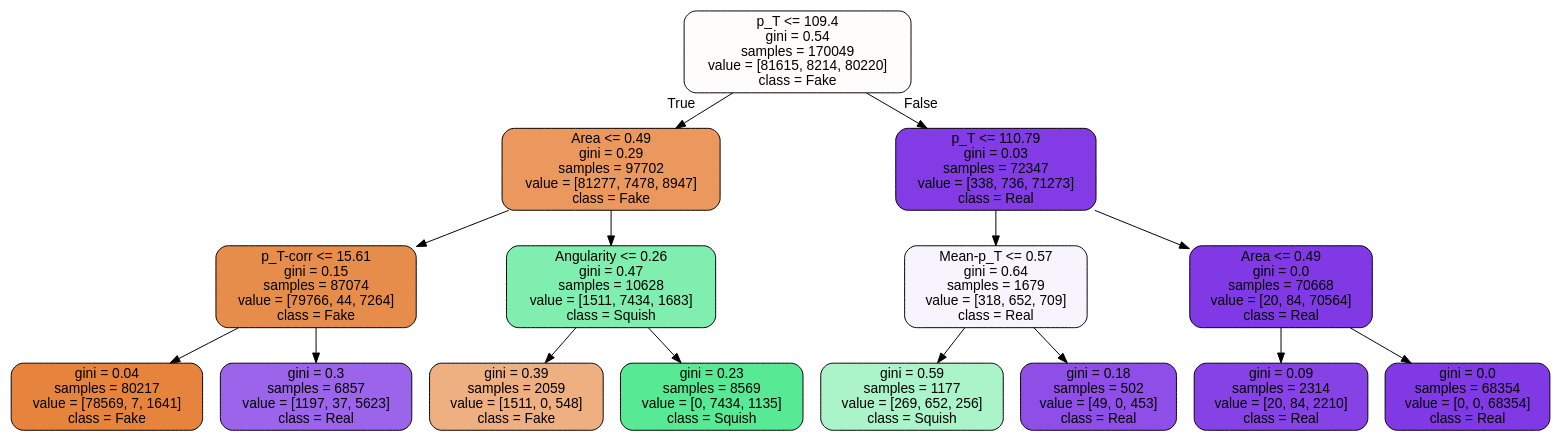
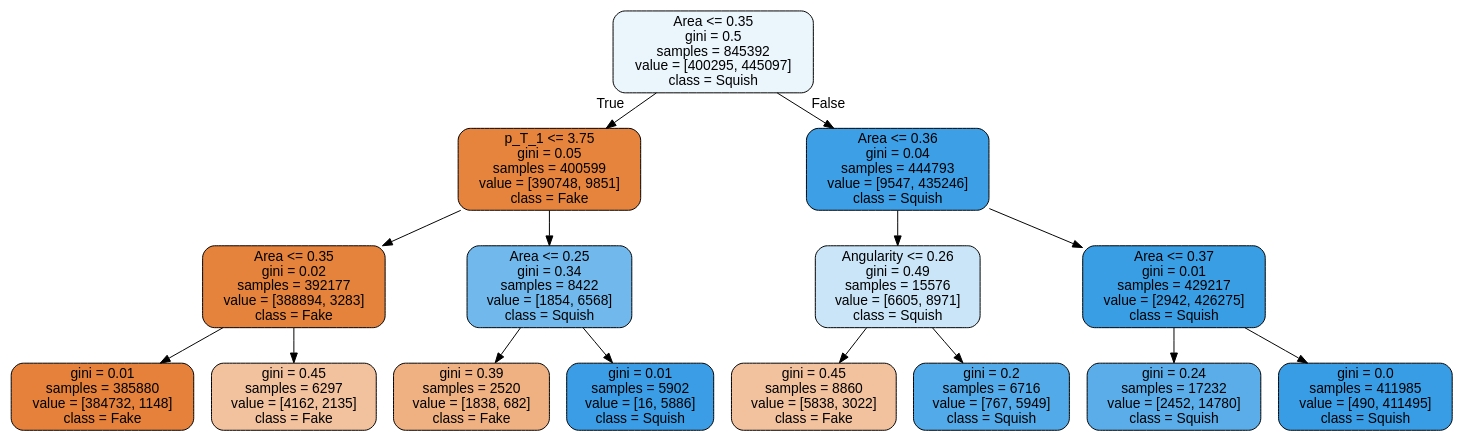
Before and after one commit to Steffanic/ML-Jet-BG-Subtraction: the diagram in Oracles/Oracle_0.4_30.dot, drawn with Graphviz. The commit also changed 61 other files, not shown here.

```diff
--- a/Oracles/Oracle_0.4_30.dot
+++ b/Oracles/Oracle_0.4_30.dot
@@ -1,33 +1,33 @@
 digraph Tree {
 node [shape=box, style="filled, rounded", color="black", fontname=helvetica] ;
 edge [fontname=helvetica] ;
-0 [label="p_T <= 109.4\ngini = 0.54\nsamples = 170049\nvalue = [81615, 8214, 80220]\nclass = Fake", fillcolor="#fffdfc"] ;
-1 [label="Area <= 0.49\ngini = 0.29\nsamples = 97702\nvalue = [81277, 7478, 8947]\nclass = Fake", fillcolor="#ea985e"] ;
+0 [label="Area <= 0.35\ngini = 0.5\nsamples = 845392\nvalue = [400295, 445097]\nclass = Squish", fillcolor="#ebf5fc"] ;
+1 [label="p_T_1 <= 3.75\ngini = 0.05\nsamples = 400599\nvalue = [390748, 9851]\nclass = Fake", fillcolor="#e6843e"] ;
 0 -> 1 [labeldistance=2.5, labelangle=45, headlabel="True"] ;
-2 [label="p_T-corr <= 15.61\ngini = 0.15\nsamples = 87074\nvalue = [79766, 44, 7264]\nclass = Fake", fillcolor="#e78d4b"] ;
+2 [label="Area <= 0.35\ngini = 0.02\nsamples = 392177\nvalue = [388894, 3283]\nclass = Fake", fillcolor="#e5823b"] ;
 1 -> 2 ;
-3 [label="gini = 0.04\nsamples = 80217\nvalue = [78569, 7, 1641]\nclass = Fake", fillcolor="#e6843d"] ;
+3 [label="gini = 0.01\nsamples = 385880\nvalue = [384732, 1148]\nclass = Fake", fillcolor="#e5813a"] ;
 2 -> 3 ;
-4 [label="gini = 0.3\nsamples = 6857\nvalue = [1197, 37, 5623]\nclass = Real", fillcolor="#9c64eb"] ;
+4 [label="gini = 0.45\nsamples = 6297\nvalue = [4162, 2135]\nclass = Fake", fillcolor="#f2c29f"] ;
 2 -> 4 ;
-5 [label="Angularity <= 0.26\ngini = 0.47\nsamples = 10628\nvalue = [1511, 7434, 1683]\nclass = Squish", fillcolor="#80eeae"] ;
+5 [label="Area <= 0.25\ngini = 0.34\nsamples = 8422\nvalue = [1854, 6568]\nclass = Squish", fillcolor="#71b9ec"] ;
 1 -> 5 ;
-6 [label="gini = 0.39\nsamples = 2059\nvalue = [1511, 0, 548]\nclass = Fake", fillcolor="#eeaf81"] ;
+6 [label="gini = 0.39\nsamples = 2520\nvalue = [1838, 682]\nclass = Fake", fillcolor="#efb082"] ;
 5 -> 6 ;
-7 [label="gini = 0.23\nsamples = 8569\nvalue = [0, 7434, 1135]\nclass = Squish", fillcolor="#57e994"] ;
+7 [label="gini = 0.01\nsamples = 5902\nvalue = [16, 5886]\nclass = Squish", fillcolor="#3a9de5"] ;
 5 -> 7 ;
-8 [label="p_T <= 110.79\ngini = 0.03\nsamples = 72347\nvalue = [338, 736, 71273]\nclass = Real", fillcolor="#833ce5"] ;
+8 [label="Area <= 0.36\ngini = 0.04\nsamples = 444793\nvalue = [9547, 435246]\nclass = Squish", fillcolor="#3d9fe6"] ;
 0 -> 8 [labeldistance=2.5, labelangle=-45, headlabel="False"] ;
-9 [label="Mean-p_T <= 0.57\ngini = 0.64\nsamples = 1679\nvalue = [318, 652, 709]\nclass = Real", fillcolor="#f8f4fe"] ;
+9 [label="Angularity <= 0.26\ngini = 0.49\nsamples = 15576\nvalue = [6605, 8971]\nclass = Squish", fillcolor="#cbe5f8"] ;
 8 -> 9 ;
-10 [label="gini = 0.59\nsamples = 1177\nvalue = [269, 652, 256]\nclass = Squish", fillcolor="#abf4ca"] ;
+10 [label="gini = 0.45\nsamples = 8860\nvalue = [5838, 3022]\nclass = Fake", fillcolor="#f2c29f"] ;
 9 -> 10 ;
-11 [label="gini = 0.18\nsamples = 502\nvalue = [49, 0, 453]\nclass = Real", fillcolor="#8f4ee8"] ;
+11 [label="gini = 0.2\nsamples = 6716\nvalue = [767, 5949]\nclass = Squish", fillcolor="#53aae8"] ;
 9 -> 11 ;
-12 [label="Area <= 0.49\ngini = 0.0\nsamples = 70668\nvalue = [20, 84, 70564]\nclass = Real", fillcolor="#8139e5"] ;
+12 [label="Area <= 0.37\ngini = 0.01\nsamples = 429217\nvalue = [2942, 426275]\nclass = Squish", fillcolor="#3a9ee5"] ;
 8 -> 12 ;
-13 [label="gini = 0.09\nsamples = 2314\nvalue = [20, 84, 2210]\nclass = Real", fillcolor="#8742e6"] ;
+13 [label="gini = 0.24\nsamples = 17232\nvalue = [2452, 14780]\nclass = Squish", fillcolor="#5aade9"] ;
 12 -> 13 ;
-14 [label="gini = 0.0\nsamples = 68354\nvalue = [0, 0, 68354]\nclass = Real", fillcolor="#8139e5"] ;
+14 [label="gini = 0.0\nsamples = 411985\nvalue = [490, 411495]\nclass = Squish", fillcolor="#399de5"] ;
 12 -> 14 ;
 }
```
